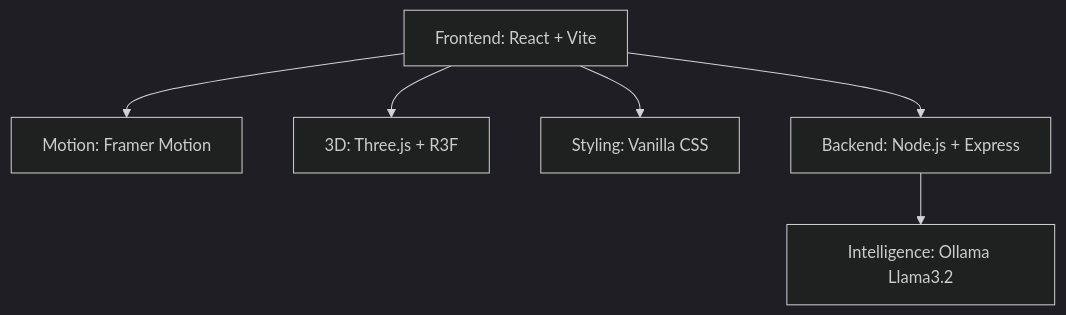
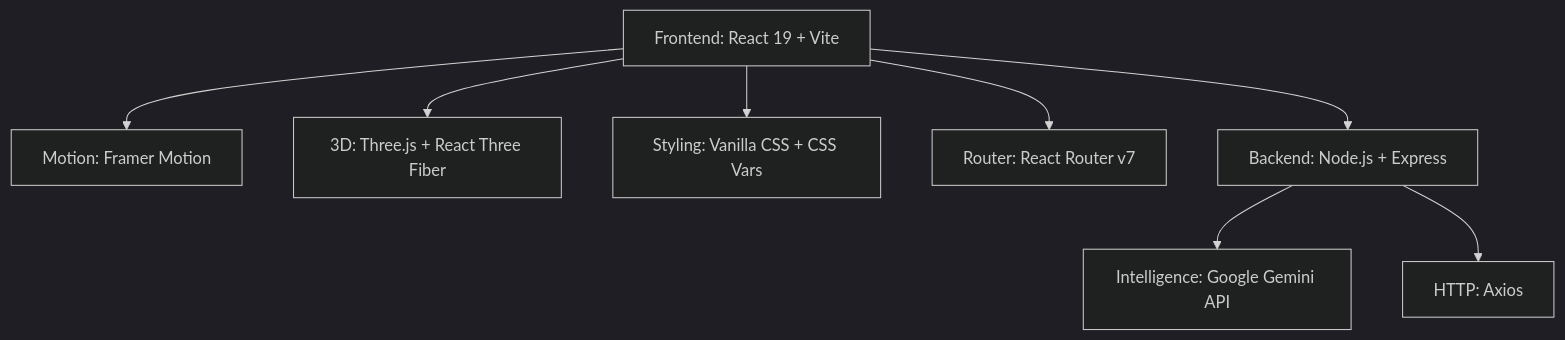
Before and after one commit to ayushtripathi-45/trinethra-analyzer: the diagram in README.md, drawn with Mermaid (dark theme). The commit also changed other lines of this file and 18 other files, not shown here.

Commit message:
Gemini backend, version pages, cursor-reveal grid, font system, README + demo transcripts

````diff
--- a/README.md
+++ b/README.md
@@ -38,8 +80,10 @@
 ```mermaid
 graph TD
-    A[Frontend: React + Vite] --> B[Motion: Framer Motion]
-    A --> C[3D: Three.js + R3F]
-    A --> D[Styling: Vanilla CSS]
-    A --> E[Backend: Node.js + Express]
-    E --> F[Intelligence: Ollama Llama3.2]
+    A[Frontend: React 19 + Vite] --> B[Motion: Framer Motion]
+    A --> C[3D: Three.js + React Three Fiber]
+    A --> D[Styling: Vanilla CSS + CSS Vars]
+    A --> E[Router: React Router v7]
+    A --> F[Backend: Node.js + Express]
+    F --> G[Intelligence: Google Gemini API]
+    F --> H[HTTP: Axios]
 ```
````
